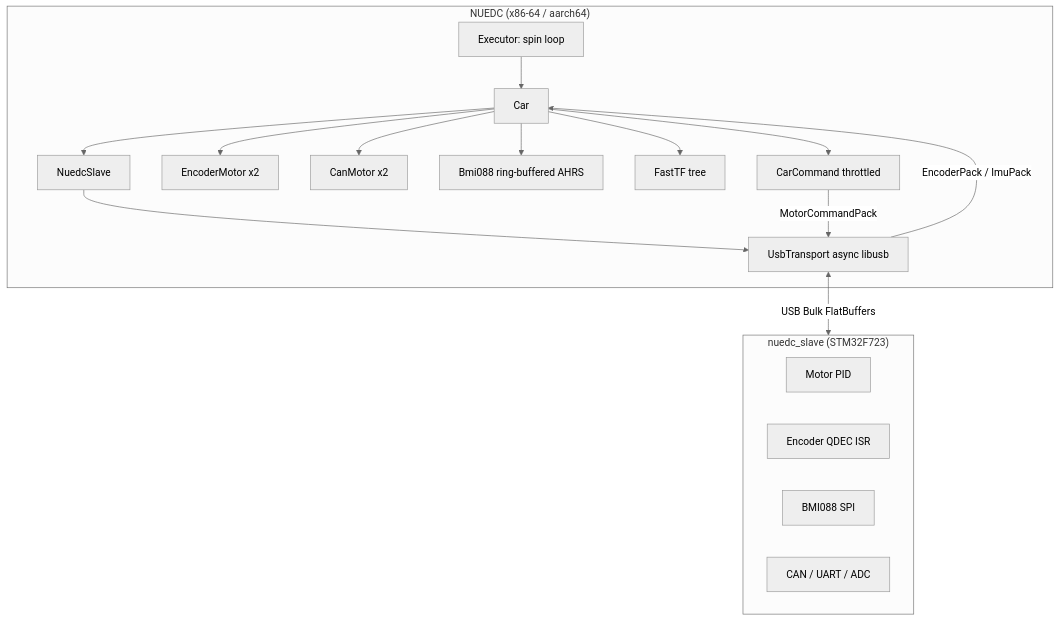
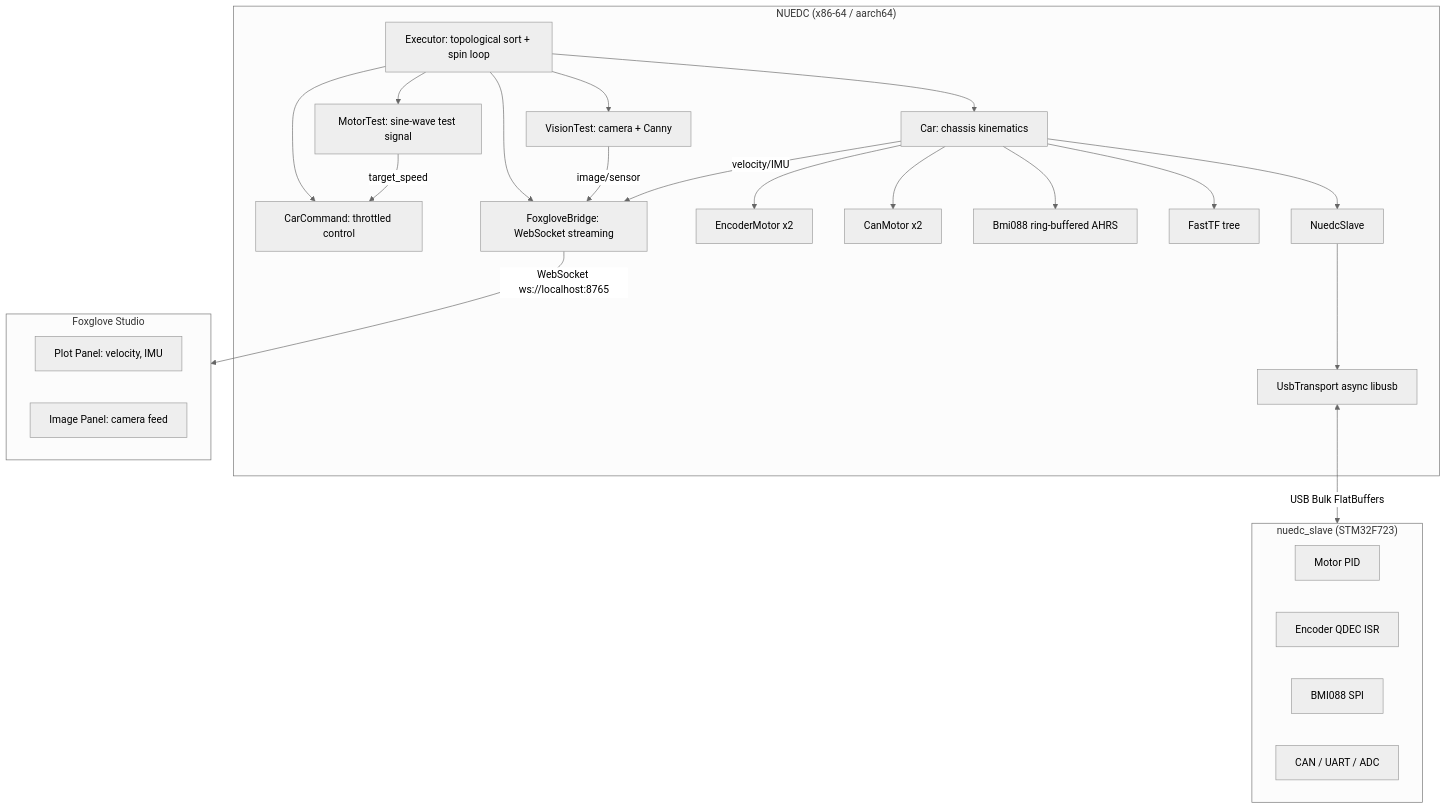
The first of 3 diagrams in README.md (fans963/NUEDC), drawn with Mermaid (neutral theme) before and after one commit. The commit also changed other lines of this file, not shown here.

Commit message:
feat: Update README to enhance project architecture and add Foxglove WebSocket integration details

````diff
--- a/README.md
+++ b/README.md
@@ -7,35 +7,47 @@
 ```mermaid
 graph TD
     subgraph Host["NUEDC (x86-64 / aarch64)"]
-        EXEC[Executor: spin loop]
-        CAR[Car]
-        CMD[CarCommand throttled]
+        EXEC[Executor: topological sort + spin loop]
+        VIS[VisionTest: camera + Canny]
+        CAR[Car: chassis kinematics]
+        CMD[CarCommand: throttled control]
+        MTEST[MotorTest: sine-wave test signal]
+        BRIDGE[FoxgloveBridge: WebSocket streaming]
         ENC_L[EncoderMotor x2]
         MOT_L[CanMotor x2]
         IMU[Bmi088 ring-buffered AHRS]
         TF[FastTF tree]
         SLAVE[NuedcSlave]
         USB_T[UsbTransport async libusb]
 
+        EXEC --> VIS
         EXEC --> CAR
+        EXEC --> MTEST
+        EXEC --> CMD
+        EXEC --> BRIDGE
         CAR --> ENC_L
         CAR --> MOT_L
         CAR --> IMU
         CAR --> TF
         CAR --> SLAVE
-        CAR --> CMD
+        MTEST -->|target_speed| CMD
+        VIS -->|image/sensor| BRIDGE
+        CAR -->|velocity/IMU| BRIDGE
         SLAVE --> USB_T
+    end
+
+    subgraph Foxglove["Foxglove Studio"]
+        PLOT[Plot Panel: velocity, IMU]
+        IMG[Image Panel: camera feed]
     end
 
     subgraph Firmware["nuedc_slave (STM32F723)"]
         PID[Motor PID]
         ENC[Encoder QDEC ISR]
         BMI[BMI088 SPI]
         CAN[CAN / UART / ADC]
     end
 
     USB_T <-->|USB Bulk FlatBuffers| Firmware
-
-    CMD -->|MotorCommandPack| USB_T
-    USB_T -->|EncoderPack / ImuPack| CAR
+    BRIDGE -->|WebSocket ws://localhost:8765| Foxglove
 ```
````
